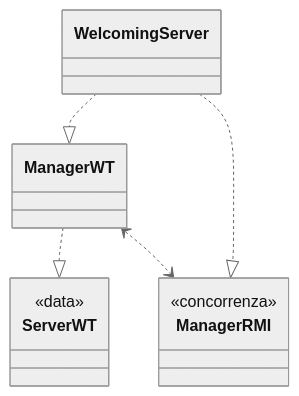
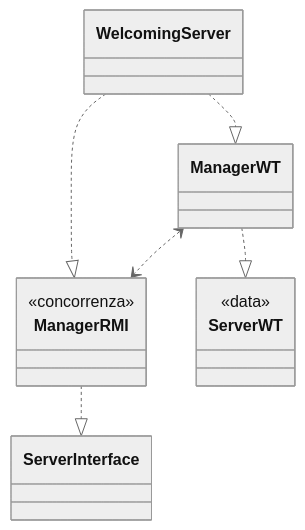
One commit to Wander29/Reti_esercizi.2020 changed the second of 2 diagrams in GORP/Progetto_relazione_beta.md. Above: the diagram before and after it, drawn with Mermaid (neutral theme). The commit also changed other lines of this file and 7 other files, not shown here.

````diff
--- a/GORP/Progetto_relazione_beta.md
+++ b/GORP/Progetto_relazione_beta.md
@@ -156,19 +160,20 @@
 ```mermaid
 classDiagram
 	class ManagerWT { }
 	
 	class ManagerRMI {
     	<<concorrenza>>
     }
 	
 	class ServerWT { 
 		<<data>>
 	}
 	
 	WelcomingServer..|>ManagerWT
 	WelcomingServer..|>ManagerRMI
 	
 	
 	ManagerWT..|>ServerWT
 	ManagerWT<..>ManagerRMI
+	ManagerRMI..|>ServerInterface
 ```
````
